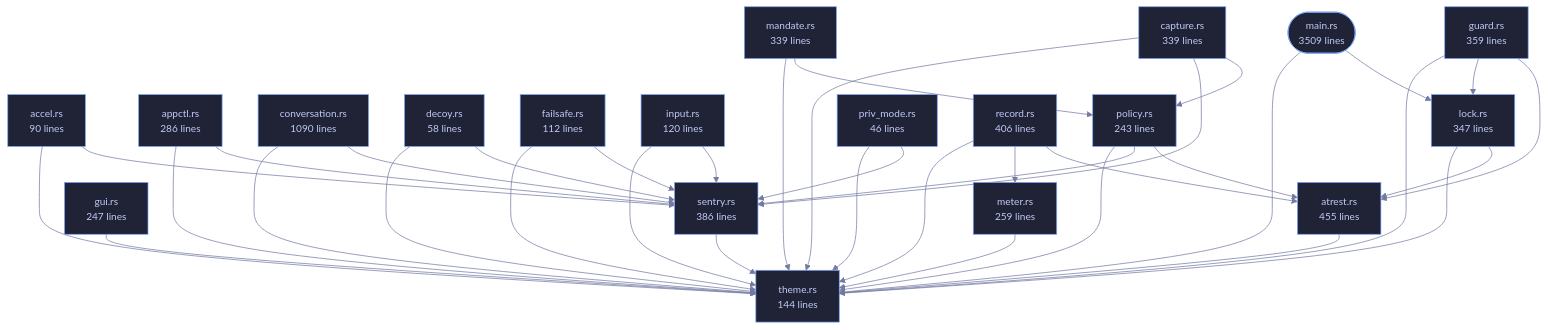
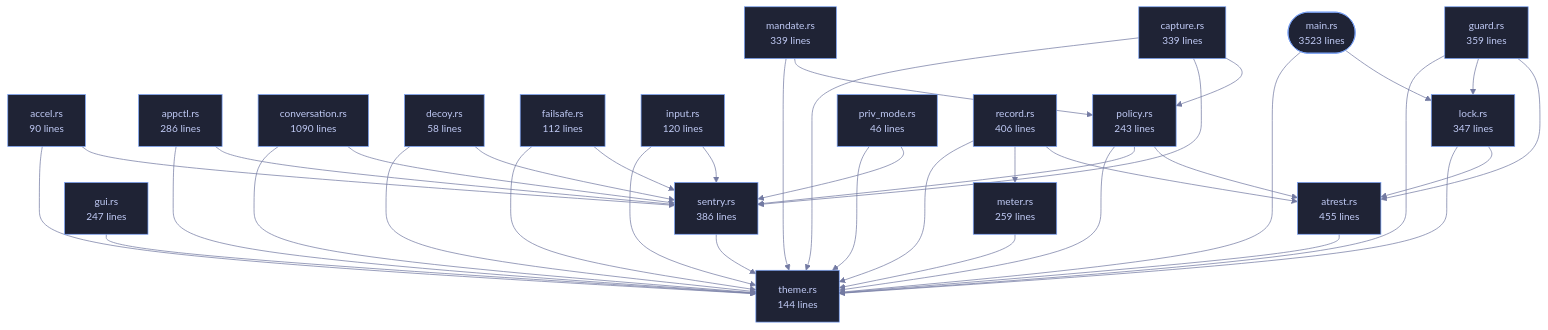
Before and after one commit to tilas01/veilvoice: the diagram in crates/veilvoice-cli/README.md, drawn with Mermaid. The commit also changed other lines of this file and 68 other files, not shown here.

````diff
--- a/crates/veilvoice-cli/README.md
+++ b/crates/veilvoice-cli/README.md
@@ -110,78 +110,78 @@
 ```mermaid
 %%{init: {"theme":"base","themeVariables":{"background":"#1a1b26","primaryColor":"#1f2335","primaryTextColor":"#c0caf5","primaryBorderColor":"#7aa2f7","secondaryColor":"#16161e","tertiaryColor":"#16161e","lineColor":"#737aa2","textColor":"#c0caf5","mainBkg":"#1f2335","nodeBorder":"#7aa2f7","clusterBkg":"#16161e","clusterBorder":"#2f3549","fontFamily":"ui-monospace, SFMono-Regular, Consolas, monospace","fontSize":"14px"}}}%%
 flowchart TD
-    n_main(["main.rs<br/>3509 lines"])
+    n_main(["main.rs<br/>3523 lines"])
     n_accel["accel.rs<br/>90 lines"]
     n_appctl["appctl.rs<br/>286 lines"]
     n_atrest["atrest.rs<br/>455 lines"]
     n_capture["capture.rs<br/>339 lines"]
     n_conversation["conversation.rs<br/>1090 lines"]
     n_decoy["decoy.rs<br/>58 lines"]
     n_failsafe["failsafe.rs<br/>112 lines"]
     n_guard["guard.rs<br/>359 lines"]
     n_gui["gui.rs<br/>247 lines"]
     n_input["input.rs<br/>120 lines"]
     n_lock["lock.rs<br/>347 lines"]
     n_mandate["mandate.rs<br/>339 lines"]
     n_meter["meter.rs<br/>259 lines"]
     n_policy["policy.rs<br/>243 lines"]
     n_priv_mode["priv_mode.rs<br/>46 lines"]
     n_record["record.rs<br/>406 lines"]
     n_sentry["sentry.rs<br/>386 lines"]
     n_theme["theme.rs<br/>144 lines"]
     n_accel --> n_sentry
     n_accel --> n_theme
     n_appctl --> n_sentry
     n_appctl --> n_theme
     n_atrest --> n_theme
     n_capture --> n_policy
     n_capture --> n_sentry
     n_capture --> n_theme
     n_conversation --> n_sentry
     n_conversation --> n_theme
     n_decoy --> n_sentry
     n_decoy --> n_theme
     n_failsafe --> n_sentry
     n_failsafe --> n_theme
     n_guard --> n_atrest
     n_guard --> n_lock
     n_guard --> n_theme
     n_gui --> n_theme
     n_input --> n_sentry
     n_input --> n_theme
     n_lock --> n_atrest
     n_lock --> n_theme
     n_main --> n_lock
     n_main --> n_theme
     n_mandate --> n_policy
     n_mandate --> n_theme
     n_meter --> n_theme
     n_policy --> n_atrest
     n_policy --> n_sentry
     n_policy --> n_theme
     n_priv_mode --> n_sentry
     n_priv_mode --> n_theme
     n_record --> n_atrest
     n_record --> n_meter
     n_record --> n_theme
     n_sentry --> n_theme
     click n_main href "https://github.com/tilas01/veilvoice/blob/main/crates/veilvoice-cli/src/main.rs" "open the source"
     click n_accel href "https://github.com/tilas01/veilvoice/blob/main/crates/veilvoice-cli/src/accel.rs" "open the source"
     click n_appctl href "https://github.com/tilas01/veilvoice/blob/main/crates/veilvoice-cli/src/appctl.rs" "open the source"
     click n_atrest href "https://github.com/tilas01/veilvoice/blob/main/crates/veilvoice-cli/src/atrest.rs" "open the source"
     click n_capture href "https://github.com/tilas01/veilvoice/blob/main/crates/veilvoice-cli/src/capture.rs" "open the source"
     click n_conversation href "https://github.com/tilas01/veilvoice/blob/main/crates/veilvoice-cli/src/conversation.rs" "open the source"
     click n_decoy href "https://github.com/tilas01/veilvoice/blob/main/crates/veilvoice-cli/src/decoy.rs" "open the source"
     click n_failsafe href "https://github.com/tilas01/veilvoice/blob/main/crates/veilvoice-cli/src/failsafe.rs" "open the source"
     click n_guard href "https://github.com/tilas01/veilvoice/blob/main/crates/veilvoice-cli/src/guard.rs" "open the source"
     click n_gui href "https://github.com/tilas01/veilvoice/blob/main/crates/veilvoice-cli/src/gui.rs" "open the source"
     click n_input href "https://github.com/tilas01/veilvoice/blob/main/crates/veilvoice-cli/src/input.rs" "open the source"
     click n_lock href "https://github.com/tilas01/veilvoice/blob/main/crates/veilvoice-cli/src/lock.rs" "open the source"
     click n_mandate href "https://github.com/tilas01/veilvoice/blob/main/crates/veilvoice-cli/src/mandate.rs" "open the source"
     click n_meter href "https://github.com/tilas01/veilvoice/blob/main/crates/veilvoice-cli/src/meter.rs" "open the source"
     click n_policy href "https://github.com/tilas01/veilvoice/blob/main/crates/veilvoice-cli/src/policy.rs" "open the source"
     click n_priv_mode href "https://github.com/tilas01/veilvoice/blob/main/crates/veilvoice-cli/src/priv_mode.rs" "open the source"
     click n_record href "https://github.com/tilas01/veilvoice/blob/main/crates/veilvoice-cli/src/record.rs" "open the source"
     click n_sentry href "https://github.com/tilas01/veilvoice/blob/main/crates/veilvoice-cli/src/sentry.rs" "open the source"
     click n_theme href "https://github.com/tilas01/veilvoice/blob/main/crates/veilvoice-cli/src/theme.rs" "open the source"
 ```
````
